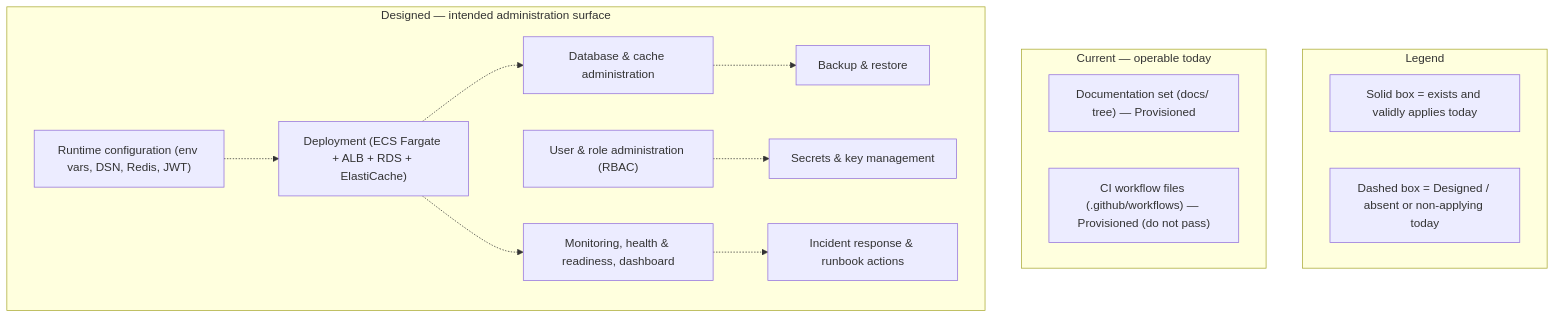
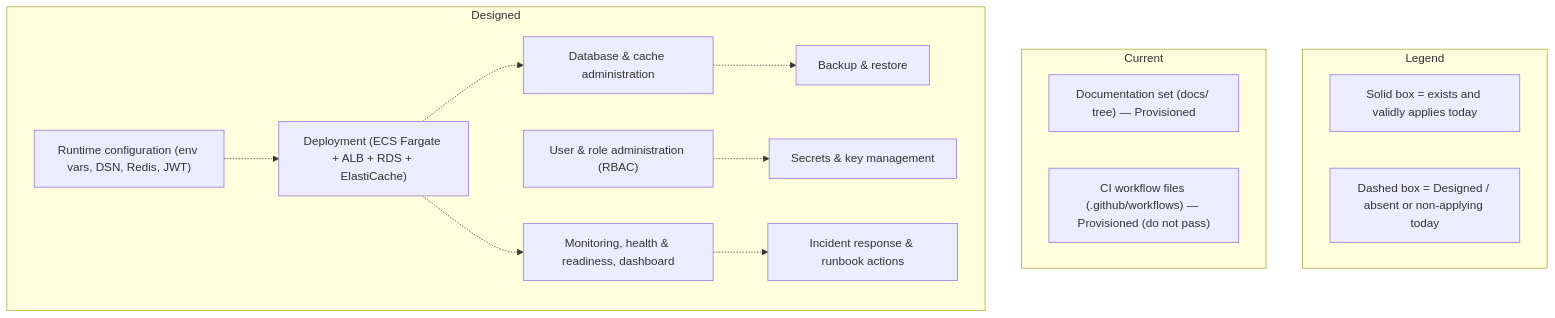
Before and after one commit to blitzy-public-samples/blockchain-integration-6edhrq: the diagram in docs/operations/system-administration.md, drawn with Mermaid. The commit also changed other lines of this file and 25 other files, not shown here.

````diff
--- a/docs/operations/system-administration.md
+++ b/docs/operations/system-administration.md
@@ -48,32 +59,41 @@
 ```mermaid
 flowchart TD
+    %% Cluster-caption budget: Mermaid wraps a subgraph caption on its own internal
+    %% ~200px band (the inner div carries max-width:200px) which flowchart.wrappingWidth
+    %% does NOT widen, and it reserves only ONE caption line before the first child row.
+    %% Measured in Mermaid 11.4.0: clearance = 13.5 - 24 x (lines - 1) user units, so a
+    %% two-line caption already paints over the first node. Browser-measured on a 20px
+    %% sans ramp as well: a 17-character caption stays on one line, 21 characters wrap.
+    %% Keep every caption to ONE line -- at most ~17 characters and no em dash. The
+    %% detail these captions used to carry is stated in the legend keys and in the
+    %% cited prose around this figure.
     subgraph Legend_SA1["Legend"]
         L1["Solid box = exists and validly applies today"]
         L2["Dashed box = Designed / absent or non-applying today"]
     end
 
-    subgraph Current["Current — operable today"]
+    subgraph Current["Current"]
         DOCS["Documentation set (docs/ tree) — Provisioned"]
         CI["CI workflow files (.github/workflows) — Provisioned (do not pass)"]
     end
 
-    subgraph Designed["Designed — intended administration surface"]
+    subgraph Designed["Designed"]
         CFG["Runtime configuration (env vars, DSN, Redis, JWT)"]
         DEP["Deployment (ECS Fargate + ALB + RDS + ElastiCache)"]
         DBA["Database & cache administration"]
         BAK["Backup & restore"]
         MON["Monitoring, health & readiness, dashboard"]
         USR["User & role administration (RBAC)"]
         SEC["Secrets & key management"]
         INC["Incident response & runbook actions"]
     end
 
     CFG -.-> DEP
     DEP -.-> DBA
     DBA -.-> BAK
     DEP -.-> MON
     USR -.-> SEC
     MON -.-> INC
     %% Legend: solid = exists today; dashed = Designed / not operable until the
     %% build and infrastructure defects are resolved.
 ```
````
